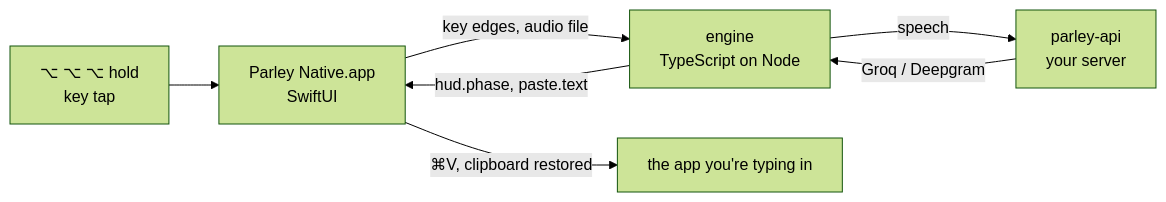
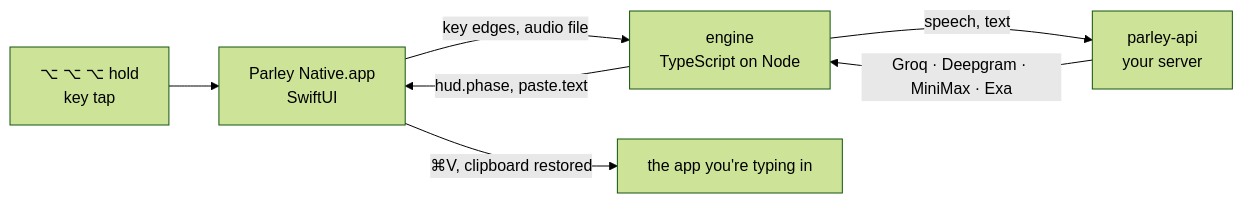
The diagram in README.md (shivarajbakale/parley), drawn with Mermaid (forest theme) before and after one commit. The commit also changed other lines of this file and 5 other files, not shown here.

````diff
--- a/README.md
+++ b/README.md
@@ -47,9 +117,9 @@
 ```mermaid
 flowchart LR
     K["⌥ ⌥ ⌥ hold<br/>key tap"] --> A["Parley Native.app<br/>SwiftUI"]
     A -- "key edges, audio file" --> E["engine<br/>TypeScript on Node"]
     E -- "hud.phase, paste.text" --> A
-    E -- "speech" --> S["parley-api<br/>your server"]
-    S -- "Groq / Deepgram" --> E
+    E -- "speech, text" --> S["parley-api<br/>your server"]
+    S -- "Groq · Deepgram · MiniMax · Exa" --> E
     A -- "⌘V, clipboard restored" --> F["the app you're typing in"]
 ```
````
